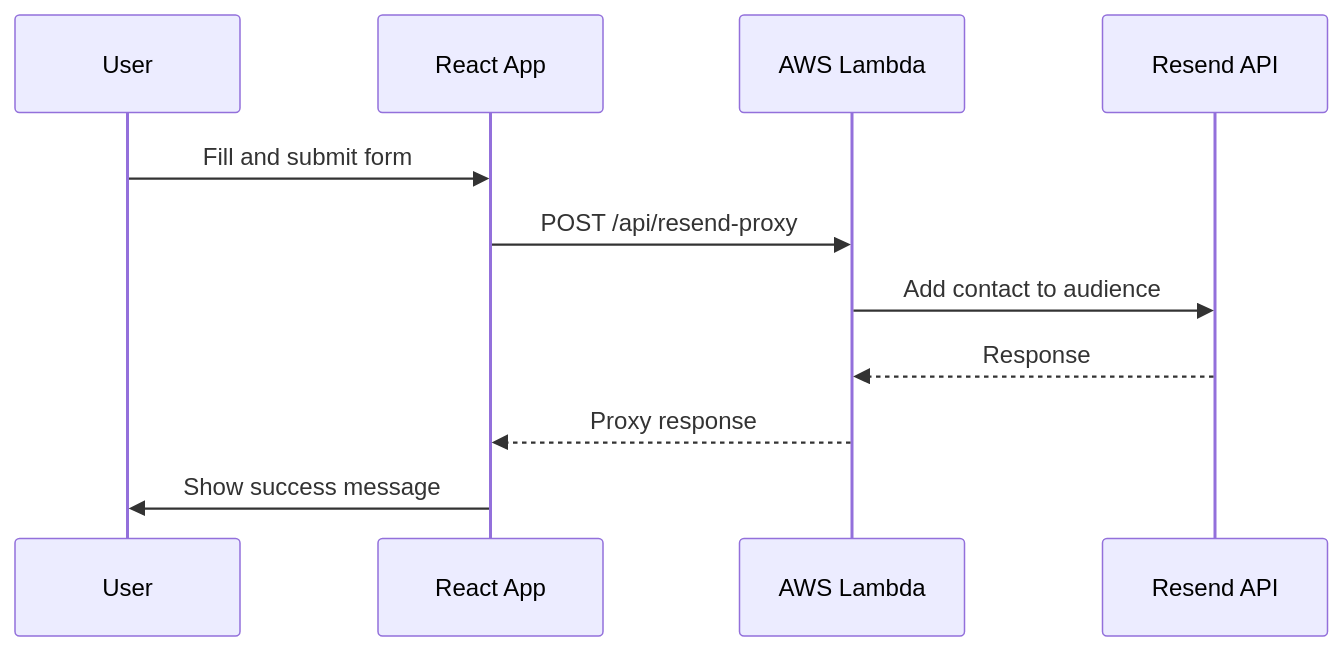
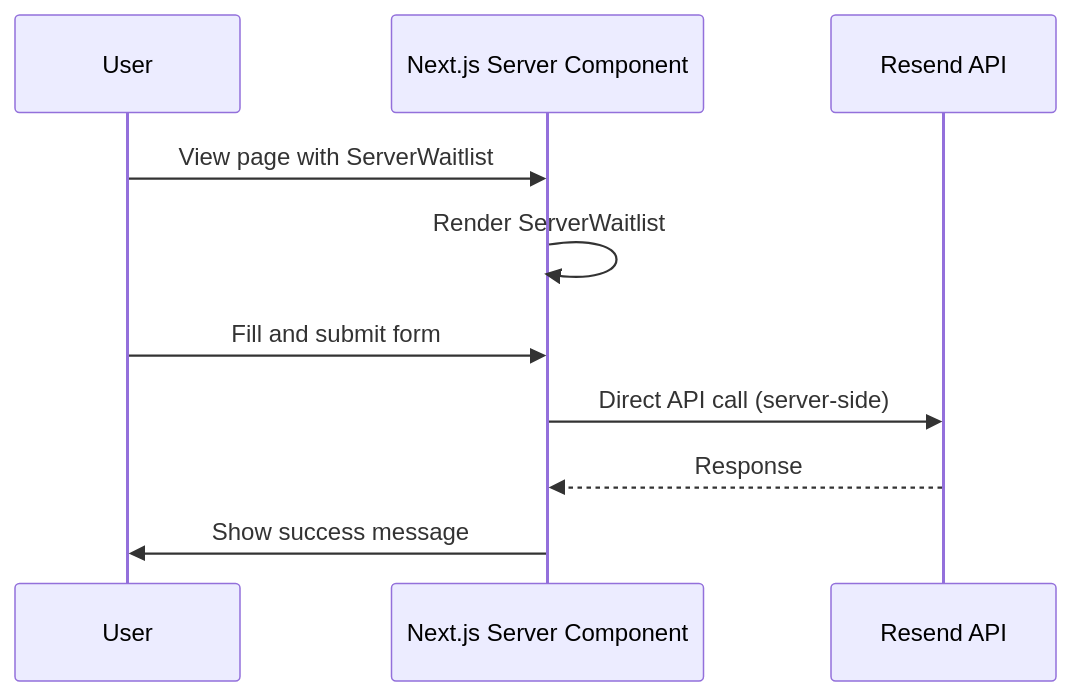
The seventh of 7 diagrams in docs/architecture.md (pmatheusvinhas/react-waitlist), drawn with Mermaid before and after one commit. The commit also changed other lines of this file and 1 other file, not shown here.

````diff
--- a/docs/architecture.md
+++ b/docs/architecture.md
@@ -200,14 +213,13 @@
 ```mermaid
 sequenceDiagram
     participant User
-    participant React as React App
-    participant Lambda as AWS Lambda
+    participant Next as Next.js Server Component
     participant Resend as Resend API
     
-    User->>React: Fill and submit form
-    React->>Lambda: POST /api/resend-proxy
-    Lambda->>Resend: Add contact to audience
-    Resend-->>Lambda: Response
-    Lambda-->>React: Proxy response
-    React->>User: Show success message
-``` 
+    User->>Next: View page with ServerWaitlist
+    Next->>Next: Render ServerWaitlist
+    User->>Next: Fill and submit form
+    Next->>Resend: Direct API call (server-side)
+    Resend-->>Next: Response
+    Next->>User: Show success message
+```
````
